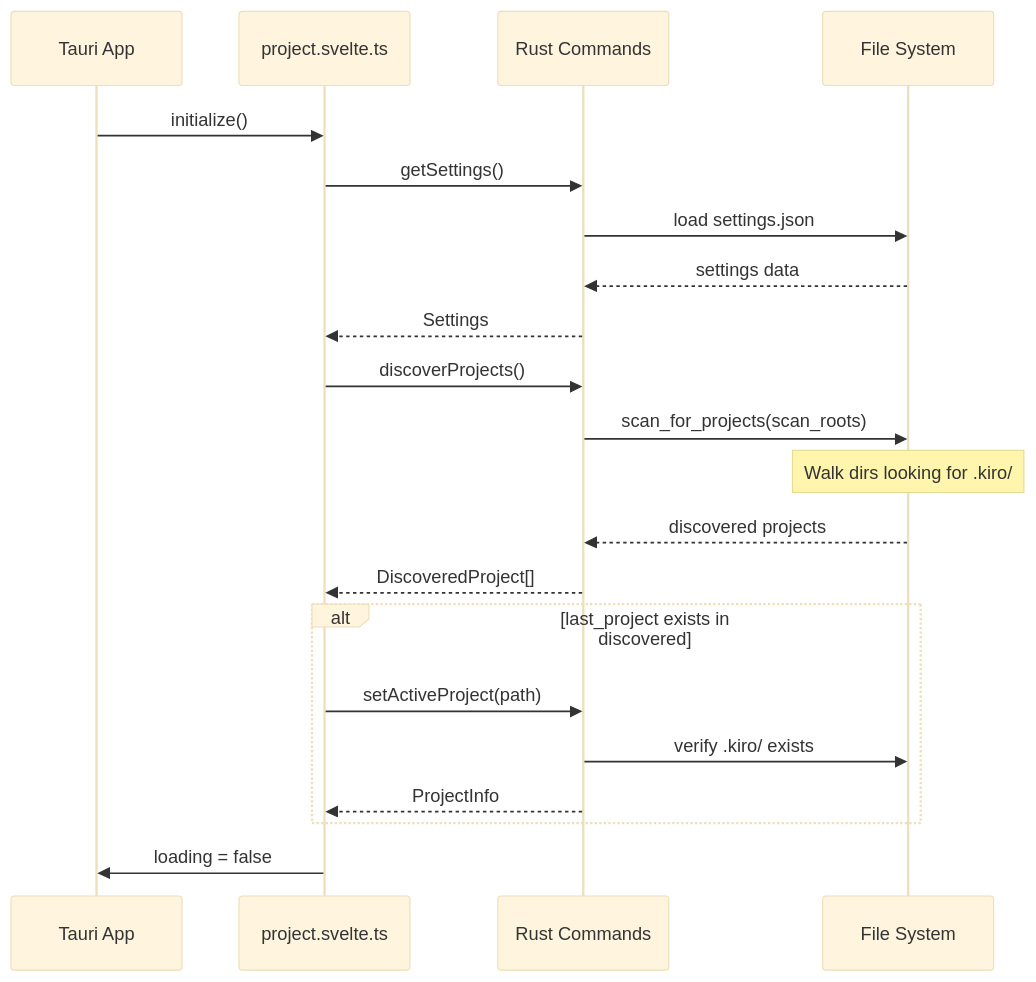
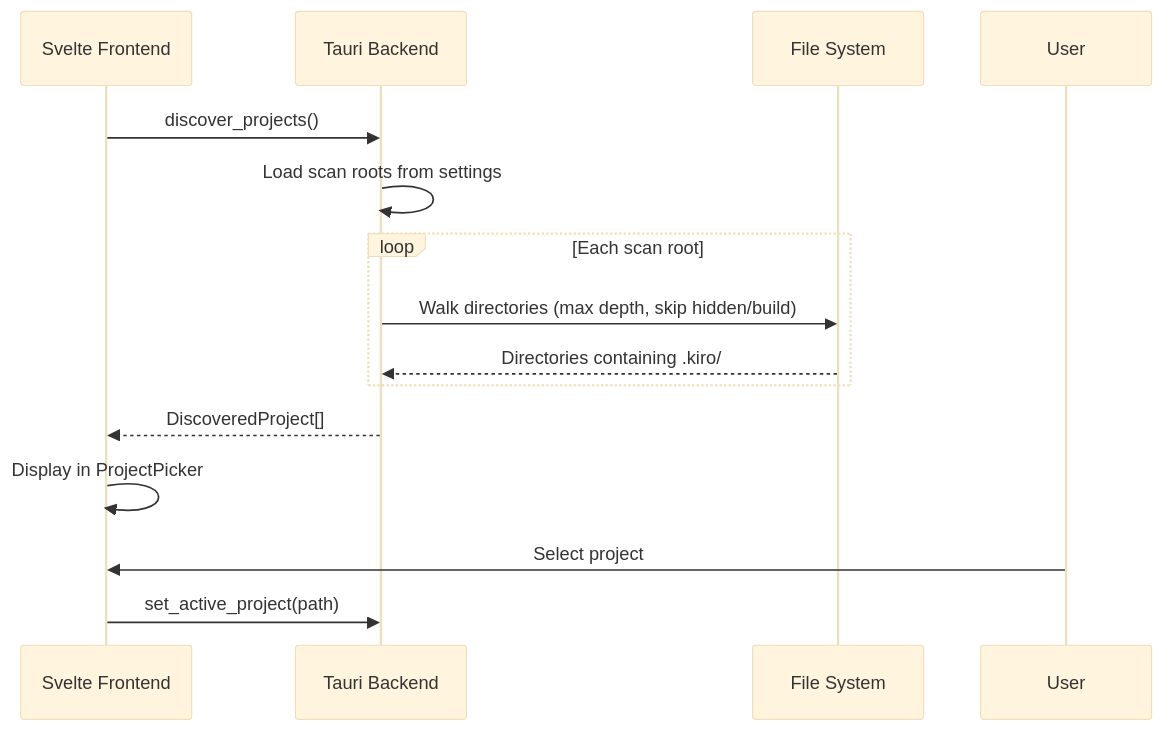
One commit to dwalleck/kiro-control-center changed the sixth of 7 diagrams in .agents/summary/workflows.md. Above: the diagram before and after it, drawn with Mermaid (base theme). The commit also changed other lines of this file and 9 other files, not shown here.

````diff
--- a/.agents/summary/workflows.md
+++ b/.agents/summary/workflows.md
@@ -144,24 +180,17 @@
 ```mermaid
 sequenceDiagram
-    participant App as Tauri App
-    participant Store as project.svelte.ts
-    participant Backend as Rust Commands
+    participant UI as Svelte Frontend
+    participant Tauri as Tauri Backend
     participant FS as File System
 
-    App->>Store: initialize()
-    Store->>Backend: getSettings()
-    Backend->>FS: load settings.json
-    FS-->>Backend: settings data
-    Backend-->>Store: Settings
-    Store->>Backend: discoverProjects()
-    Backend->>FS: scan_for_projects(scan_roots)
-    Note over FS: Walk dirs looking for .kiro/
-    FS-->>Backend: discovered projects
-    Backend-->>Store: DiscoveredProject[]
-    alt last_project exists in discovered
-        Store->>Backend: setActiveProject(path)
-        Backend->>FS: verify .kiro/ exists
-        Backend-->>Store: ProjectInfo
+    UI->>Tauri: discover_projects()
+    Tauri->>Tauri: Load scan roots from settings
+    loop Each scan root
+        Tauri->>FS: Walk directories (max depth, skip hidden/build)
+        FS-->>Tauri: Directories containing .kiro/
     end
-    Store->>App: loading = false
+    Tauri-->>UI: DiscoveredProject[]
+    UI->>UI: Display in ProjectPicker
+    User->>UI: Select project
+    UI->>Tauri: set_active_project(path)
 ```
````
